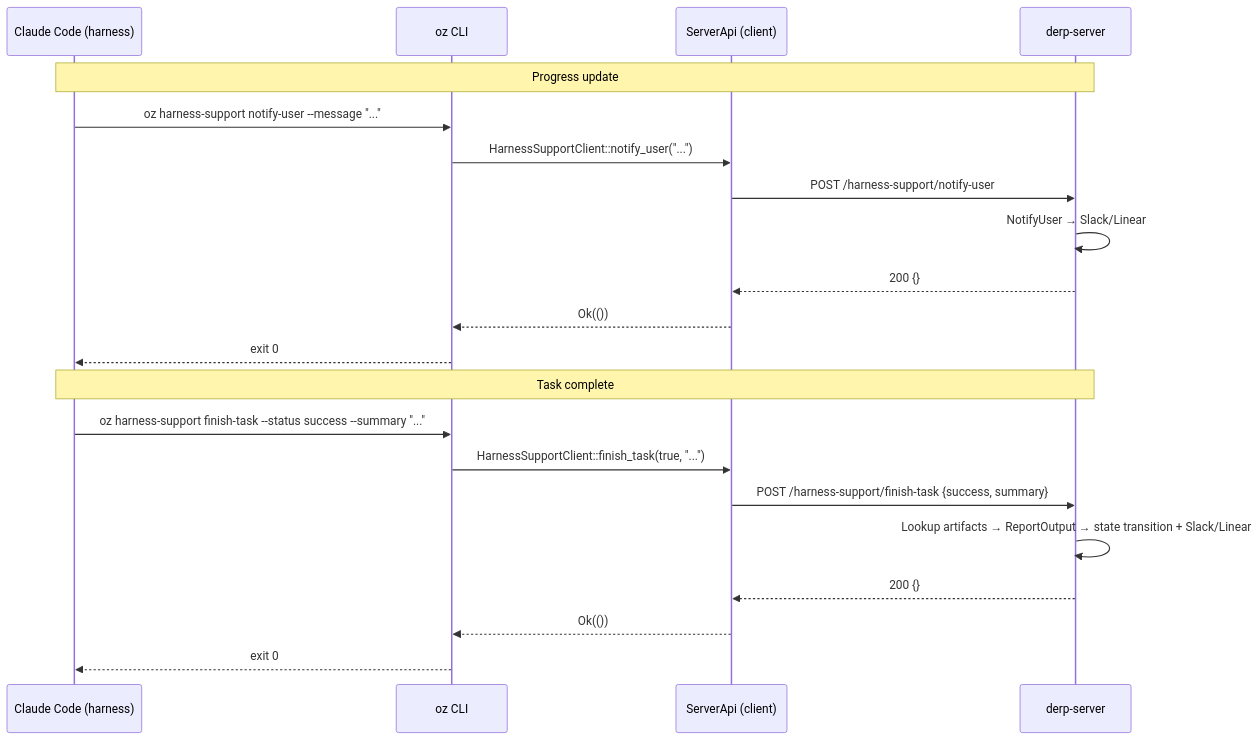
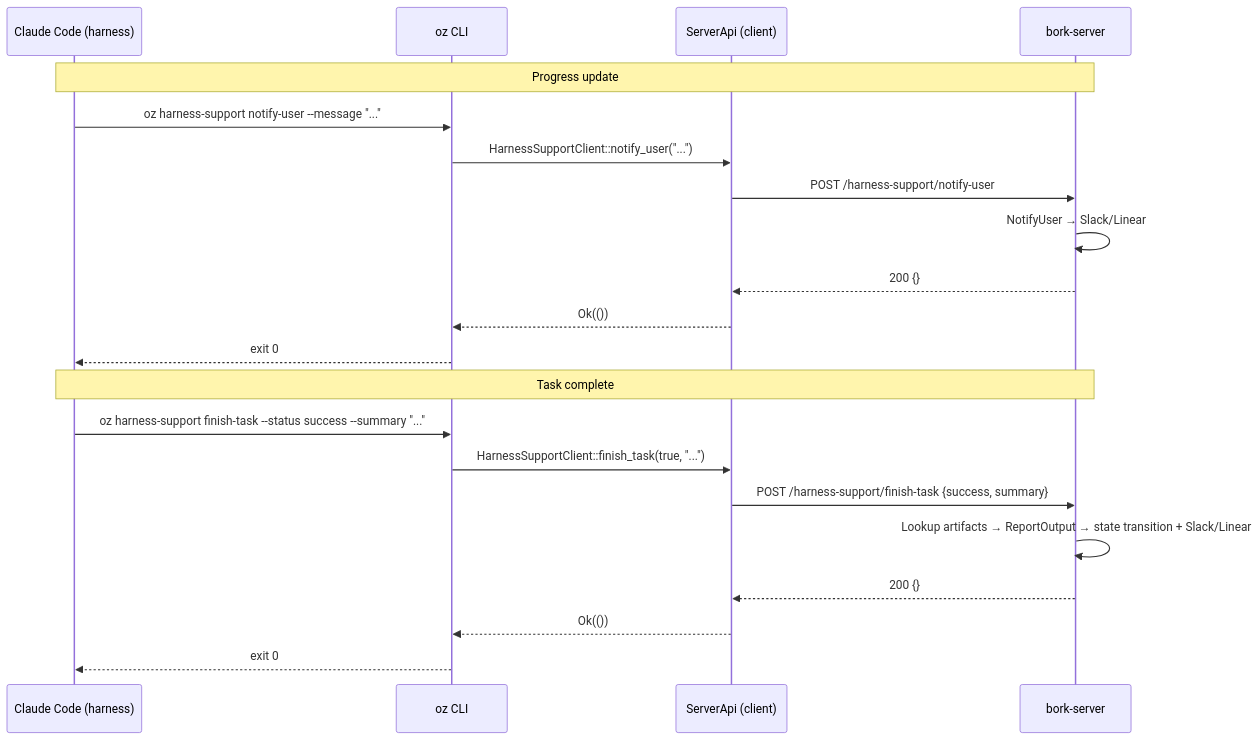
The diagram in specs/REMOTE-1289/TECH.md (antikrust/krust-terminal), drawn with Mermaid before and after one commit. The commit also changed other lines of this file and 4477 other files, not shown here.

First line of the commit message:
Rebrand Derp -> Bork

````diff
--- a/specs/REMOTE-1289/TECH.md
+++ b/specs/REMOTE-1289/TECH.md
@@ -117,25 +117,25 @@
 ```mermaid
 sequenceDiagram
     participant CC as Claude Code (harness)
     participant OZ as oz CLI
     participant SA as ServerApi (client)
-    participant WS as derp-server
+    participant WS as bork-server
 
     Note over CC,WS: Progress update
     CC->>OZ: oz harness-support notify-user --message "..."
     OZ->>SA: HarnessSupportClient::notify_user("...")
     SA->>WS: POST /harness-support/notify-user
     WS->>WS: NotifyUser → Slack/Linear
     WS-->>SA: 200 {}
     SA-->>OZ: Ok(())
     OZ-->>CC: exit 0
 
     Note over CC,WS: Task complete
     CC->>OZ: oz harness-support finish-task --status success --summary "..."
     OZ->>SA: HarnessSupportClient::finish_task(true, "...")
     SA->>WS: POST /harness-support/finish-task {success, summary}
     WS->>WS: Lookup artifacts → ReportOutput → state transition + Slack/Linear
     WS-->>SA: 200 {}
     SA-->>OZ: Ok(())
     OZ-->>CC: exit 0
 ```
````
